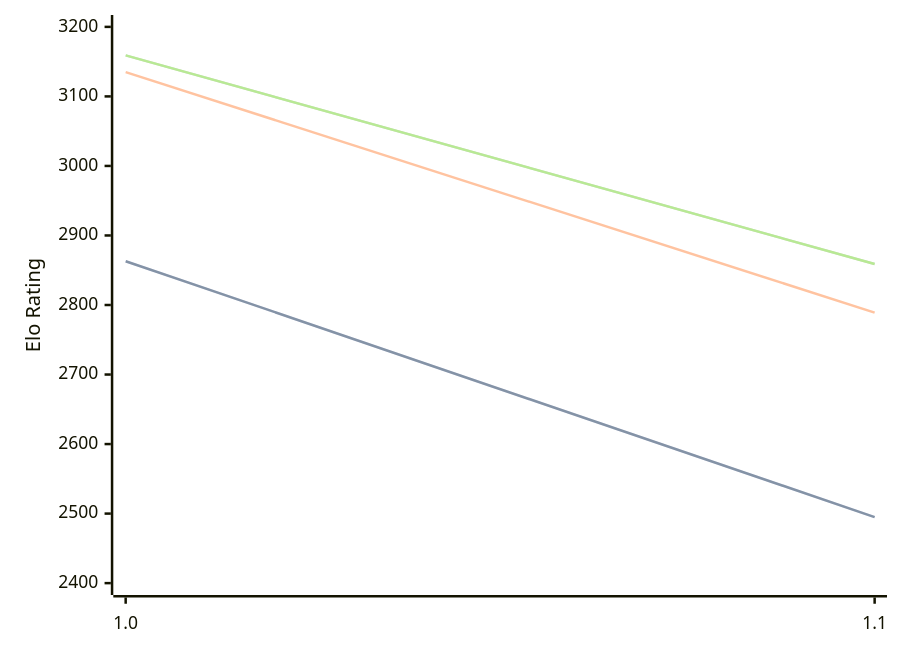
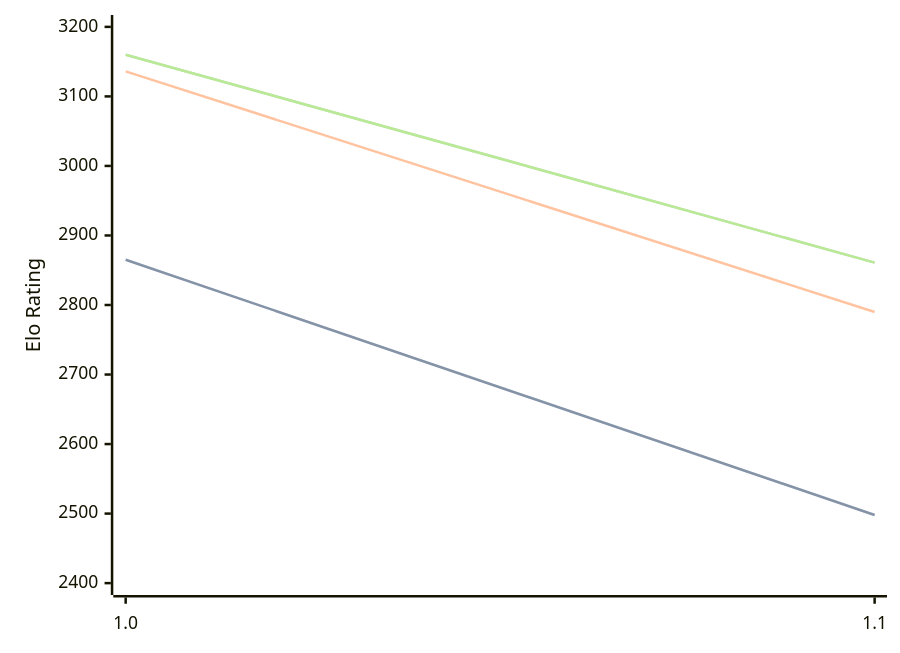
One commit to computer-chess-index/cci changed the diagram in engines/Publius.md. Above: the diagram before and after it, drawn with Mermaid. The commit also changed other lines of this file, not shown here.

Commit message:
Update CCI Ratings (ELO VLTC) - 2026-03-29

````diff
--- a/engines/Publius.md
+++ b/engines/Publius.md
@@ -32,11 +32,11 @@
 ```mermaid
 %%{init: {"theme":"base","themeVariables":{"seriesColors:['#a3a3a3','#222221','#faa371']}}}%%
 xychart-beta
   x-axis ["1.0", "1.1"]
   y-axis "Elo Rating" 2400 --> 3200
-  line "STC (8.0+0.08s)" [2863, 2495]
-  line "STC (8.0+0.08s)" [2863, 2495]
-  line "LTC (60.0+0.60s)" [3135, 2789]
-  line "VLTC (2m24s+1.12s)" [3159, 2859]
-  line "VLTC (2m24s+1.12s)" [3159, 2859]
+  line "STC (8.0+0.08s)" [2865, 2498]
+  line "STC (8.0+0.08s)" [2865, 2498]
+  line "LTC (60.0+0.60s)" [3136, 2790]
+  line "VLTC (2m24s+1.12s)" [3160, 2861]
+  line "VLTC (2m24s+1.12s)" [3160, 2861]
 ```
````
